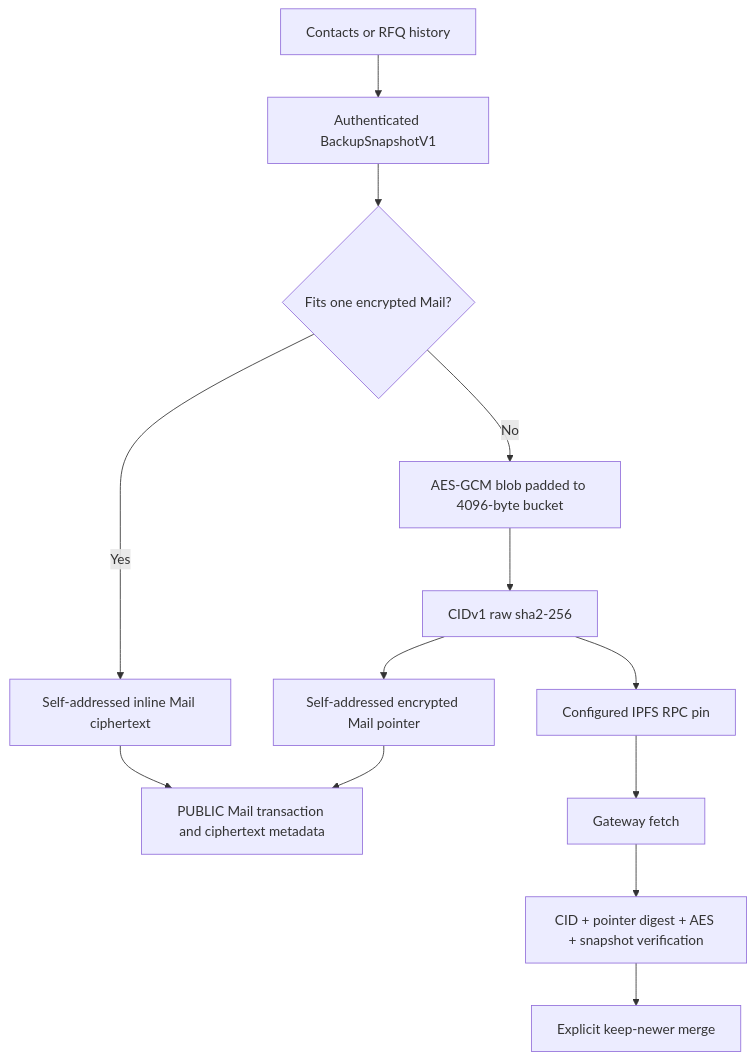
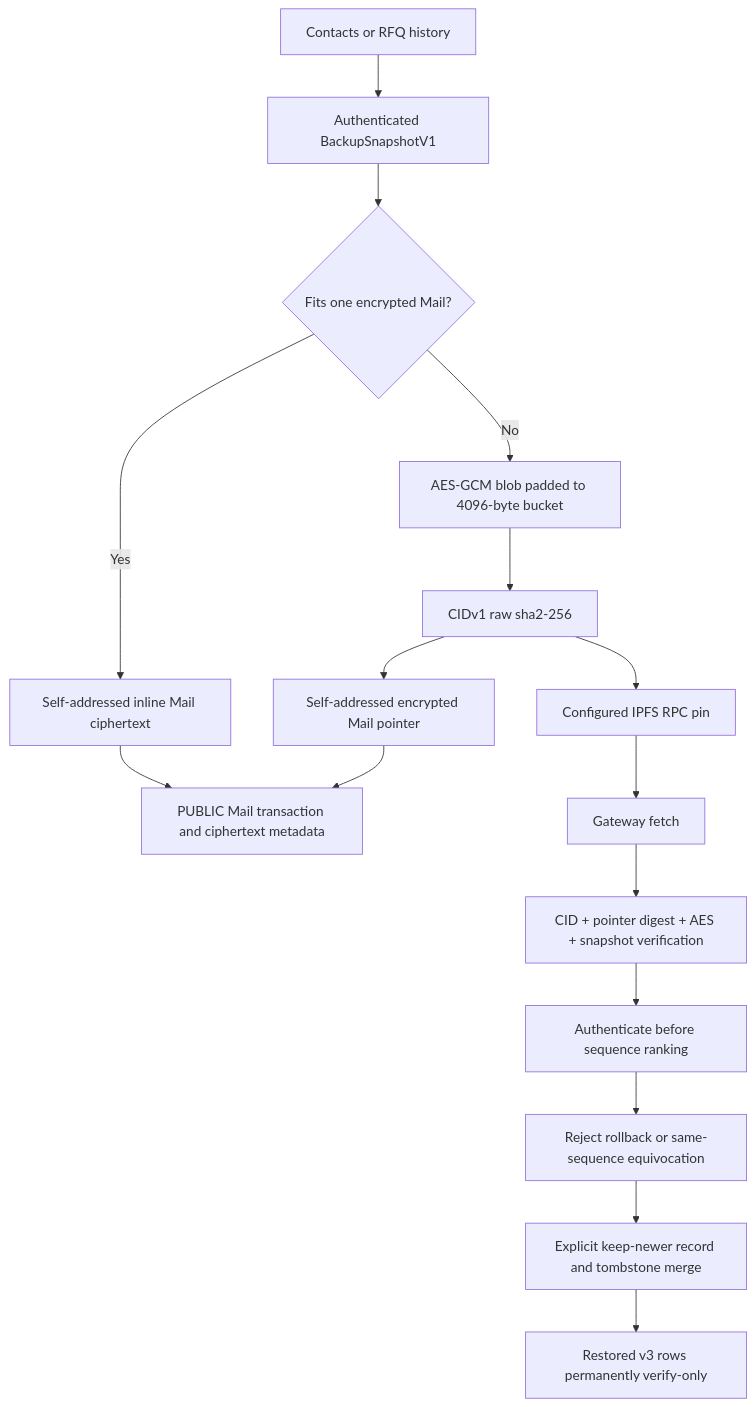
Before and after one commit to gstohl/app20: the seventh of 10 diagrams in docs/APP20_PROCESS_DIAGRAMS.md, drawn with Mermaid. The commit also changed other lines of this file and 48 other files, not shown here.

````diff
--- a/docs/APP20_PROCESS_DIAGRAMS.md
+++ b/docs/APP20_PROCESS_DIAGRAMS.md
@@ -179,15 +186,18 @@
 ```mermaid
 flowchart TD
     R[Contacts or RFQ history] --> S[Authenticated BackupSnapshotV1]
     S --> F{Fits one encrypted Mail?}
     F -->|Yes| IM[Self-addressed inline Mail ciphertext]
     F -->|No| B[AES-GCM blob padded to 4096-byte bucket]
     B --> C[CIDv1 raw sha2-256]
     C --> I[Configured IPFS RPC pin]
     C --> PM[Self-addressed encrypted Mail pointer]
     IM --> CH[PUBLIC Mail transaction and ciphertext metadata]
     PM --> CH
     I --> G[Gateway fetch]
     G --> V[CID + pointer digest + AES + snapshot verification]
-    V --> M[Explicit keep-newer merge]
+    V --> A[Authenticate before sequence ranking]
+    A --> H[Reject rollback or same-sequence equivocation]
+    H --> M[Explicit keep-newer record and tombstone merge]
+    M --> O[Restored v3 rows permanently verify-only]
 ```
````
